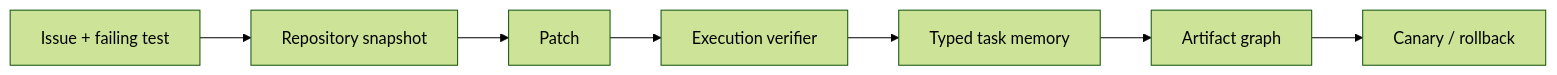
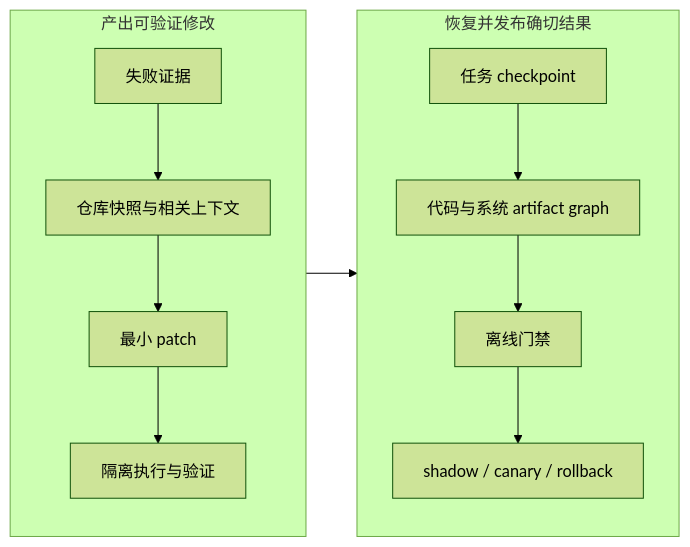
The first of 2 diagrams in docs/applications/code-conversation-llmops.md (NightLemon/about-llm), drawn with Mermaid (forest theme) before and after one commit. The commit also changed other lines of this file, not shown here.

````diff
--- a/docs/applications/code-conversation-llmops.md
+++ b/docs/applications/code-conversation-llmops.md
@@ -23,9 +25,12 @@
 ```mermaid
 flowchart LR
-  I["Issue + failing test"] --> C["Repository snapshot"]
-  C --> P["Patch"]
-  P --> V["Execution verifier"]
-  V --> M["Typed task memory"]
-  M --> A["Artifact graph"]
-  A --> R["Canary / rollback"]
+  subgraph C["产出可验证修改"]
+    direction TB
+    I["失败证据"] --> S["仓库快照与相关上下文"] --> P["最小 patch"] --> V["隔离执行与验证"]
+  end
+  subgraph R["恢复并发布确切结果"]
+    direction TB
+    T["任务 checkpoint"] --> A["代码与系统 artifact graph"] --> G["离线门禁"] --> D["shadow / canary / rollback"]
+  end
+  V --> T
 ```
````
